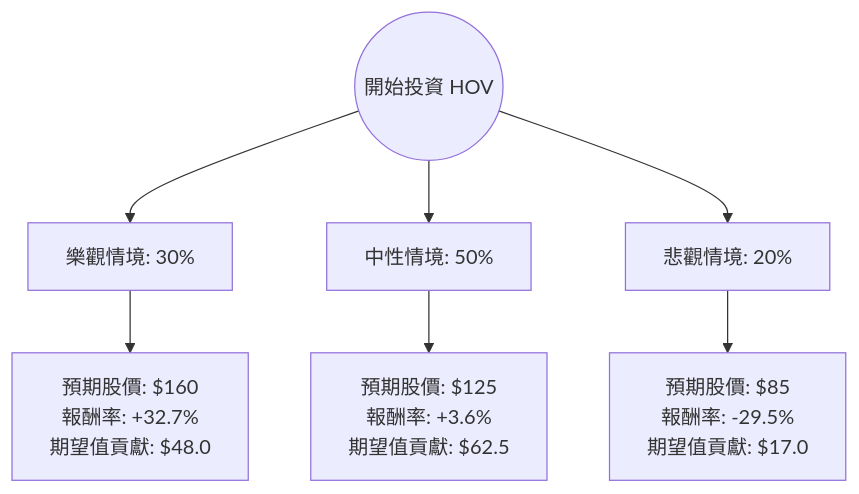
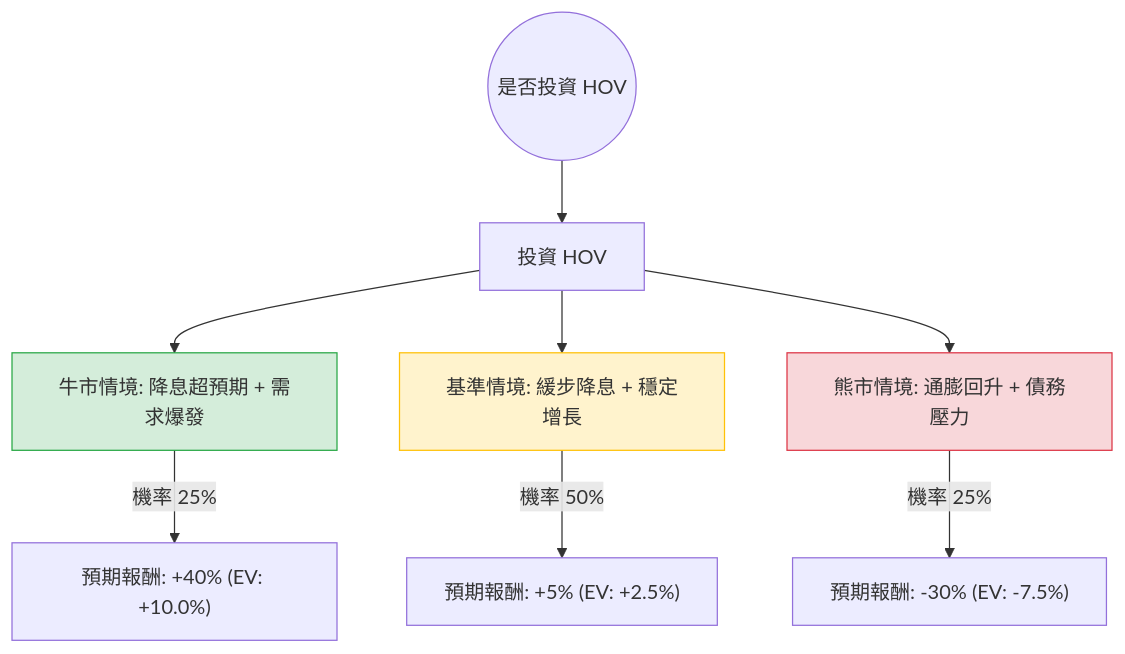
Before and after one commit to zmcx16/zmcx16.github.io: the diagram in plugin-react/ai-analysis/ev-analysis/HOV.md, drawn with Mermaid. The commit also changed other lines of this file and 80 other files, not shown here.

````diff
--- a/plugin-react/ai-analysis/ev-analysis/HOV.md
+++ b/plugin-react/ai-analysis/ev-analysis/HOV.md
@@ -21,10 +20,16 @@
 ```mermaid
 graph TD
-    Start((開始投資 HOV)) --> Bull[樂觀情境: 30%]
-    Start --> Base[中性情境: 50%]
-    Start --> Bear[悲觀情境: 20%]
+    Start((是否投資 HOV)) --> Invest[投資 HOV]
+    
+    Invest --> Bull[牛市情境: 降息超預期 + 需求爆發]
+    Invest --> Base[基準情境: 緩步降息 + 穩定增長]
+    Invest --> Bear[熊市情境: 通膨回升 + 債務壓力]
 
-    Bull --> Bull_EV["預期股價: $160 <br> 報酬率: +32.7% <br> 期望值貢獻: $48.0"]
-    Base --> Base_EV["預期股價: $125 <br> 報酬率: +3.6% <br> 期望值貢獻: $62.5"]
-    Bear --> Bear_EV["預期股價: $85 <br> 報酬率: -29.5% <br> 期望值貢獻: $17.0"]
+    Bull -- "機率 25%" --> BullRet["預期報酬: +40% (EV: +10.0%)"]
+    Base -- "機率 50%" --> BaseRet["預期報酬: +5% (EV: +2.5%)"]
+    Bear -- "機率 25%" --> BearRet["預期報酬: -30% (EV: -7.5%)"]
+
+    style Bull fill:#d4edda,stroke:#28a745
+    style Base fill:#fff3cd,stroke:#ffc107
+    style Bear fill:#f8d7da,stroke:#dc3545
 ```
````
